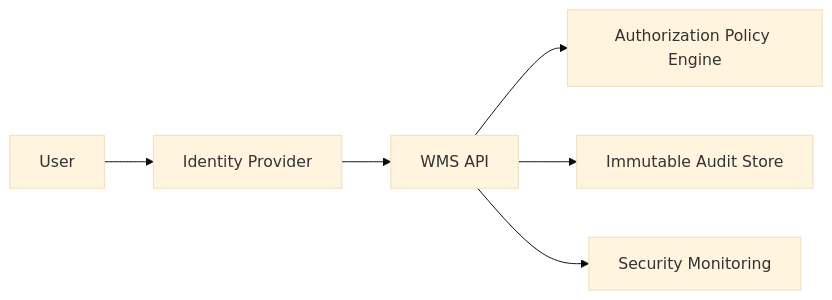
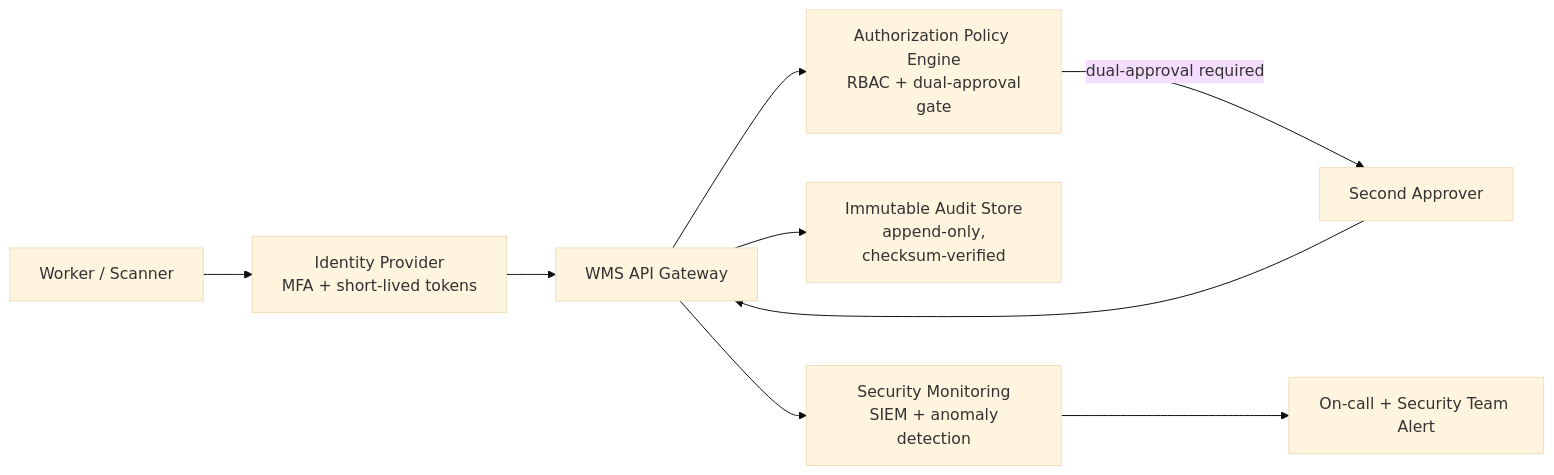
Before and after one commit to 0Ankit0/Project-Ideas: the diagram in Warehouse Management System/edge-cases/security-and-compliance.md, drawn with Mermaid (base theme). The commit also changed other lines of this file and 30 other files, not shown here.

````diff
--- a/Warehouse Management System/edge-cases/security-and-compliance.md
+++ b/Warehouse Management System/edge-cases/security-and-compliance.md
@@ -17,8 +76,11 @@
 ```mermaid
 flowchart LR
-    User --> IAM[Identity Provider]
-    IAM --> API[WMS API]
-    API --> Policy[Authorization Policy Engine]
-    API --> Audit[Immutable Audit Store]
-    API --> SIEM[Security Monitoring]
+    Worker[Worker / Scanner] --> IAM[Identity Provider\n MFA + short-lived tokens]
+    IAM --> API[WMS API Gateway]
+    API --> Policy[Authorization Policy Engine\n RBAC + dual-approval gate]
+    API --> Audit[Immutable Audit Store\n append-only, checksum-verified]
+    API --> SIEM[Security Monitoring\n SIEM + anomaly detection]
+    SIEM --> Alert[On-call + Security Team Alert]
+    Policy -- dual-approval required --> Approver[Second Approver]
+    Approver --> API
 ```
````
